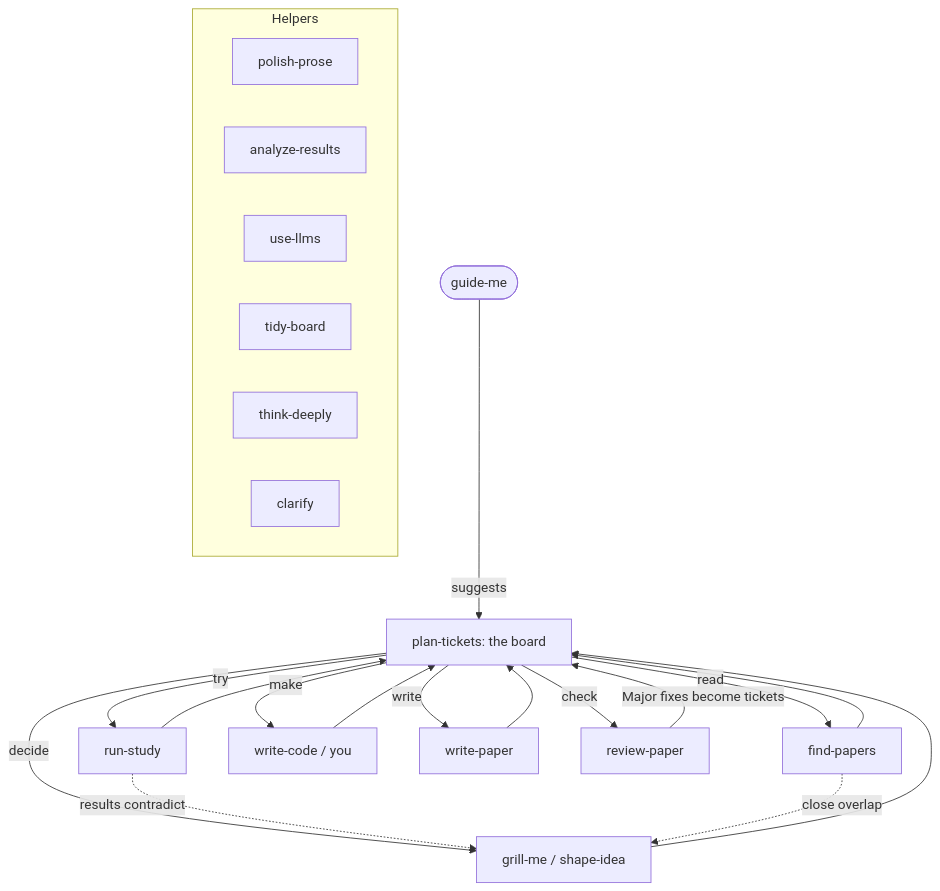
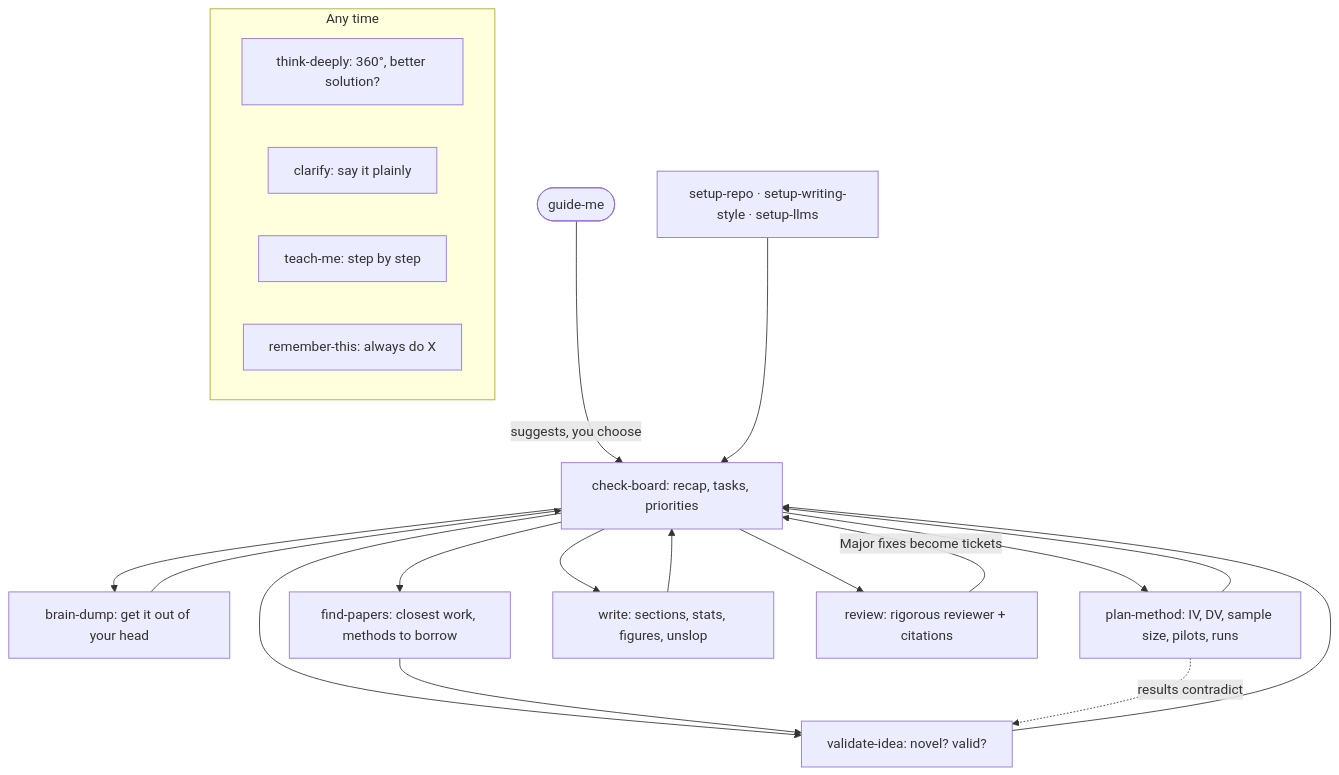
The diagram in docs/how-it-works.md (chaklam-silpasuwanchai/research_skill), drawn with Mermaid before and after one commit. The commit also changed other lines of this file and 89 other files, not shown here.

````diff
--- a/docs/how-it-works.md
+++ b/docs/how-it-works.md
@@ -5,26 +7,24 @@
 ```mermaid
 flowchart TD
-  C([guide-me]) -->|suggests| B[plan-tickets: the board]
-  B -->|read| F[find-papers]
-  B -->|decide| G[grill-me / shape-idea]
-  B -->|try| R[run-study]
-  B -->|make| W2[write-code / you]
-  B -->|write| W[write-paper]
-  B -->|check| V[review-paper]
-  F --> B
-  G --> B
-  R --> B
-  W2 --> B
+  G([guide-me]) -->|suggests, you choose| B[check-board: recap, tasks, priorities]
+  S[setup-repo · setup-writing-style · setup-llms] --> B
+  B --> D[brain-dump: get it out of your head]
+  B --> V[validate-idea: novel? valid?]
+  B --> F[find-papers: closest work, methods to borrow]
+  B --> M[plan-method: IV, DV, sample size, pilots, runs]
+  B --> W[write: sections, stats, figures, unslop]
+  B --> R[review: rigorous reviewer + citations]
+  D --> B
+  V --> B
+  F --> V
+  M --> B
   W --> B
-  V -->|Major fixes become tickets| B
-  R -. results contradict .-> G
-  F -. close overlap .-> G
-  subgraph helpers[Helpers]
-    P[polish-prose]
-    A[analyze-results]
-    U[use-llms]
-    T[tidy-board]
-    D[think-deeply]
-    L[clarify]
+  R -->|Major fixes become tickets| B
+  M -. results contradict .-> V
+  subgraph anytime[Any time]
+    T[think-deeply: 360°, better solution?]
+    C[clarify: say it plainly]
+    E[teach-me: step by step]
+    X[remember-this: always do X]
   end
 ```
````
